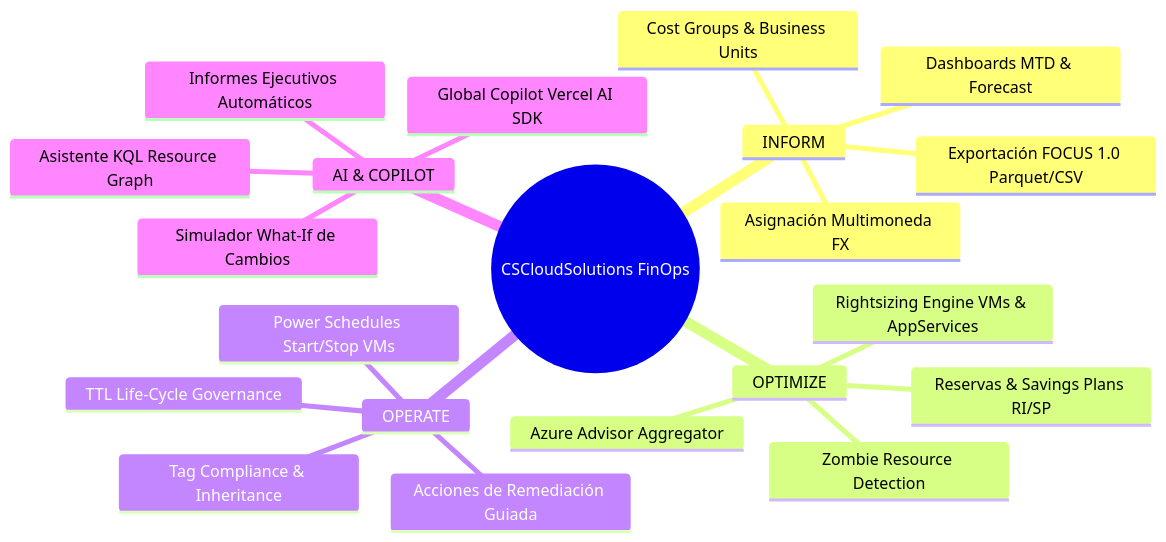
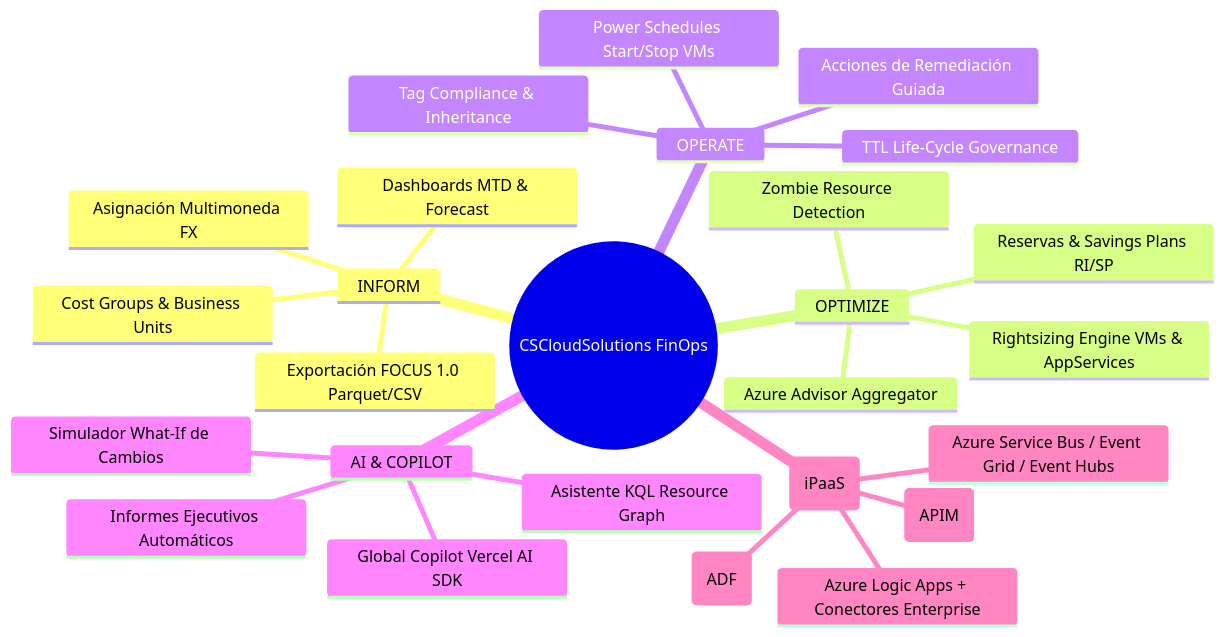
The third of 13 diagrams in docs/hld/00-hld-completo.md (manny864/finops), drawn with Mermaid before and after one commit. The commit also changed other lines of this file and 20 other files, not shown here.

Commit message:
docs: update manuals and architecture docs for iPaaS

````diff
--- a/docs/hld/00-hld-completo.md
+++ b/docs/hld/00-hld-completo.md
@@ -155,24 +155,29 @@
 ```mermaid
 mindmap
   root((CSCloudSolutions FinOps))
     INFORM
       Dashboards MTD & Forecast
       Cost Groups & Business Units
       Asignación Multimoneda FX
       Exportación FOCUS 1.0 Parquet/CSV
     OPTIMIZE
       Zombie Resource Detection
       Rightsizing Engine VMs & AppServices
       Azure Advisor Aggregator
       Reservas & Savings Plans RI/SP
     OPERATE
       Power Schedules Start/Stop VMs
       Tag Compliance & Inheritance
       TTL Life-Cycle Governance
       Acciones de Remediación Guiada
     AI & COPILOT
       Global Copilot Vercel AI SDK
       Informes Ejecutivos Automáticos
       Simulador What-If de Cambios
       Asistente KQL Resource Graph
+    INTEGRATION SERVICES (iPaaS)
+      Azure Logic Apps + Conectores Enterprise
+      Azure API Management (APIM)
+      Azure Service Bus / Event Grid / Event Hubs
+      Azure Data Factory (ADF)
 ```
````
